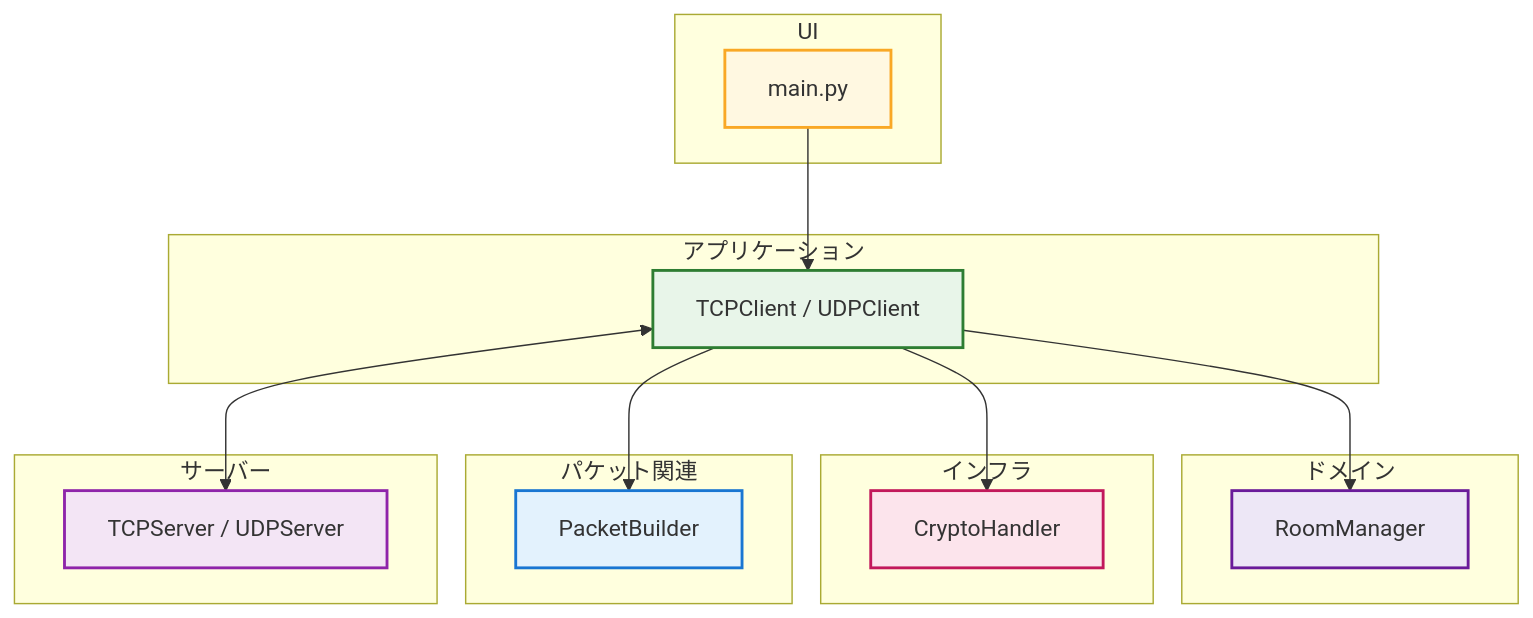
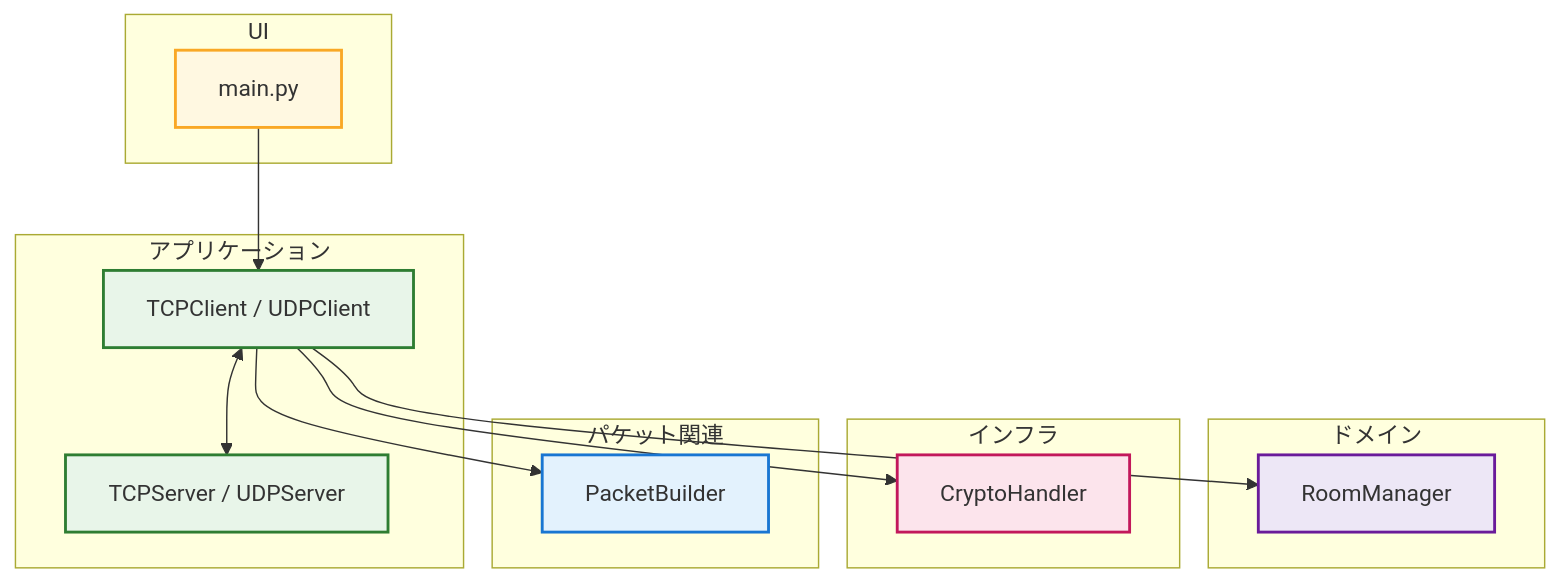
One commit to BackendExplorer/Online-Chat-Service changed the first of 6 diagrams in README.md. Above: the diagram before and after it, drawn with Mermaid.

````diff
--- a/README.md
+++ b/README.md
@@ -1,55 +1,49 @@
 ```mermaid
 graph TD
 
 %% スタイル定義
 classDef ui fill:#fff8e1,stroke:#f9a825,stroke-width:2px
 classDef application fill:#e8f5e9,stroke:#2e7d32,stroke-width:2px
 classDef domain fill:#ede7f6,stroke:#6a1b9a,stroke-width:2px
 classDef infra fill:#fce4ec,stroke:#c2185b,stroke-width:2px
 classDef packet fill:#e3f2fd,stroke:#1976d2,stroke-width:2px
-classDef server fill:#f3e5f5,stroke:#8e24aa,stroke-width:2px
 
 %% UI層
 subgraph UIレイヤー\[UI]
-UI["main.py"]
-class UI ui
+    UI["main.py"]
+    class UI ui
 end
 
-%% アプリケーション層
+%% アプリケーション層（クライアント・サーバー両方）
 subgraph アプリケーションレイヤー\[アプリケーション]
-App["TCPClient / UDPClient"]
-class App application
+    App["TCPClient / UDPClient"]
+    Server["TCPServer / UDPServer"]
+    class App,Server application
 end
 
 %% ドメイン層
 subgraph ドメインレイヤー\[ドメイン]
-Domain["RoomManager"]
-class Domain domain
+    Domain["RoomManager"]
+    class Domain domain
 end
 
 %% インフラ層
 subgraph インフラレイヤー\[インフラ]
-Infra["CryptoHandler"]
-class Infra infra
+    Infra["CryptoHandler"]
+    class Infra infra
 end
 
-%% パケット生成
+%% パケット処理
 subgraph パケット処理\[パケット関連]
-Packet["PacketBuilder"]
-class Packet packet
-end
-
-%% サーバー層
-subgraph サーバー処理\[サーバー]
-Server["TCPServer / UDPServer"]
-class Server server
+    Packet["PacketBuilder"]
+    class Packet packet
 end
 
 %% 接続関係
 UI --> App
 App --> Domain
 App --> Infra
 App --> Packet
 App <--> Server
 
 ```
````
